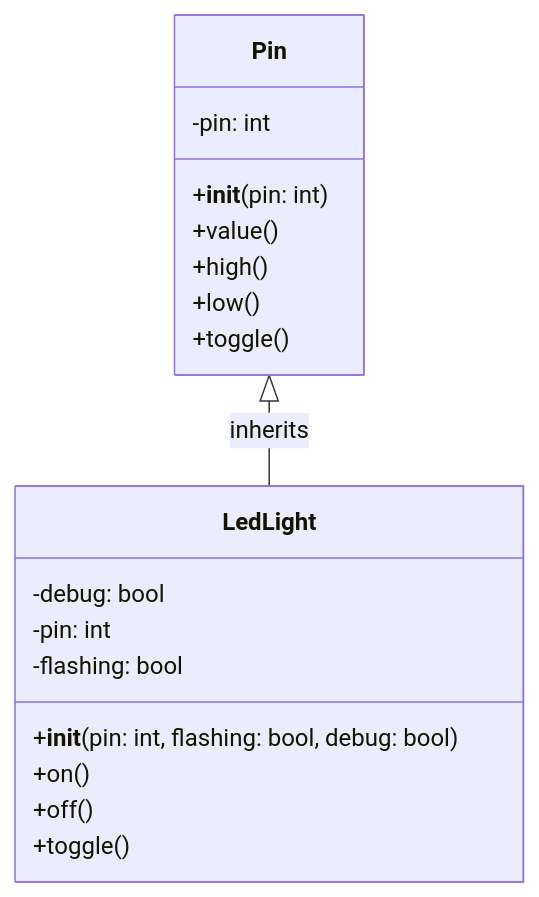
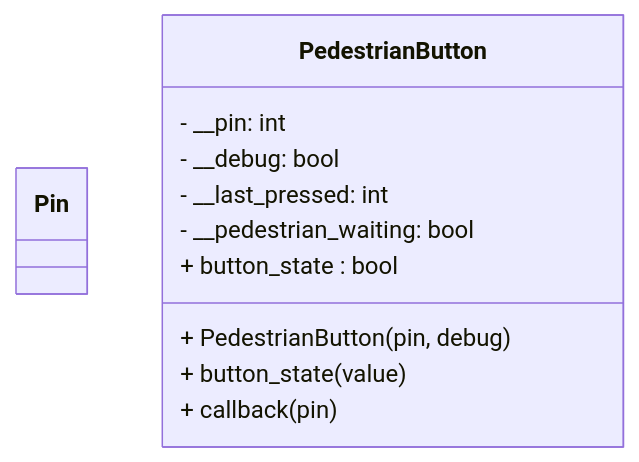
Before and after one commit to TempeHS/MicroPython_OOP_Pi_Pico_Mini_Project_Source: the first of 2 diagrams in tutorials/Lecture1.md, drawn with Mermaid.

````diff
--- a/tutorials/Lecture1.md
+++ b/tutorials/Lecture1.md
@@ -60,23 +60,17 @@
 ```mermaid
 classDiagram
 
     class Pin {
-        -pin: int
-        +__init__(pin: int)
-        +value()
-        +high()
-        +low()
-        +toggle()
     }
 
-    class LedLight {
-        -debug: bool
-        -pin: int
-        -flashing: bool
-        +__init__(pin: int, flashing: bool, debug: bool)
-        +on()
-        +off()
-        +toggle()
+    class PedestrianButton {
+        - __pin: int
+        - __debug: bool
+        - __last_pressed: int
+        - __pedestrian_waiting: bool
+        + PedestrianButton(pin, debug)
+        + button_state : bool
+        + button_state(value)
+        + callback(pin)
     }
-    Pin <|-- LedLight : inherits
 ```
````
